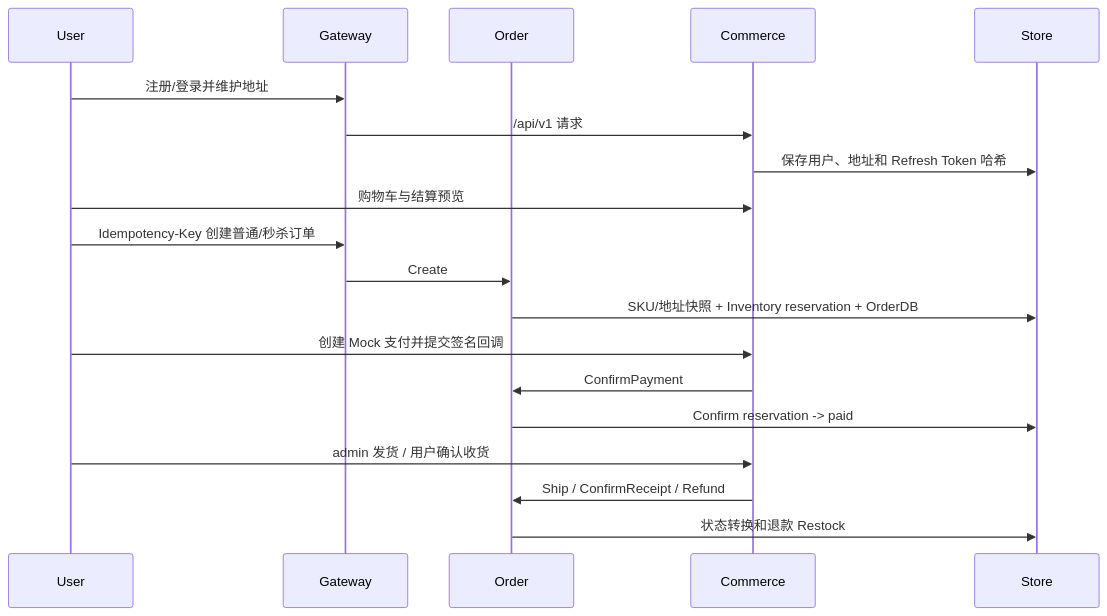
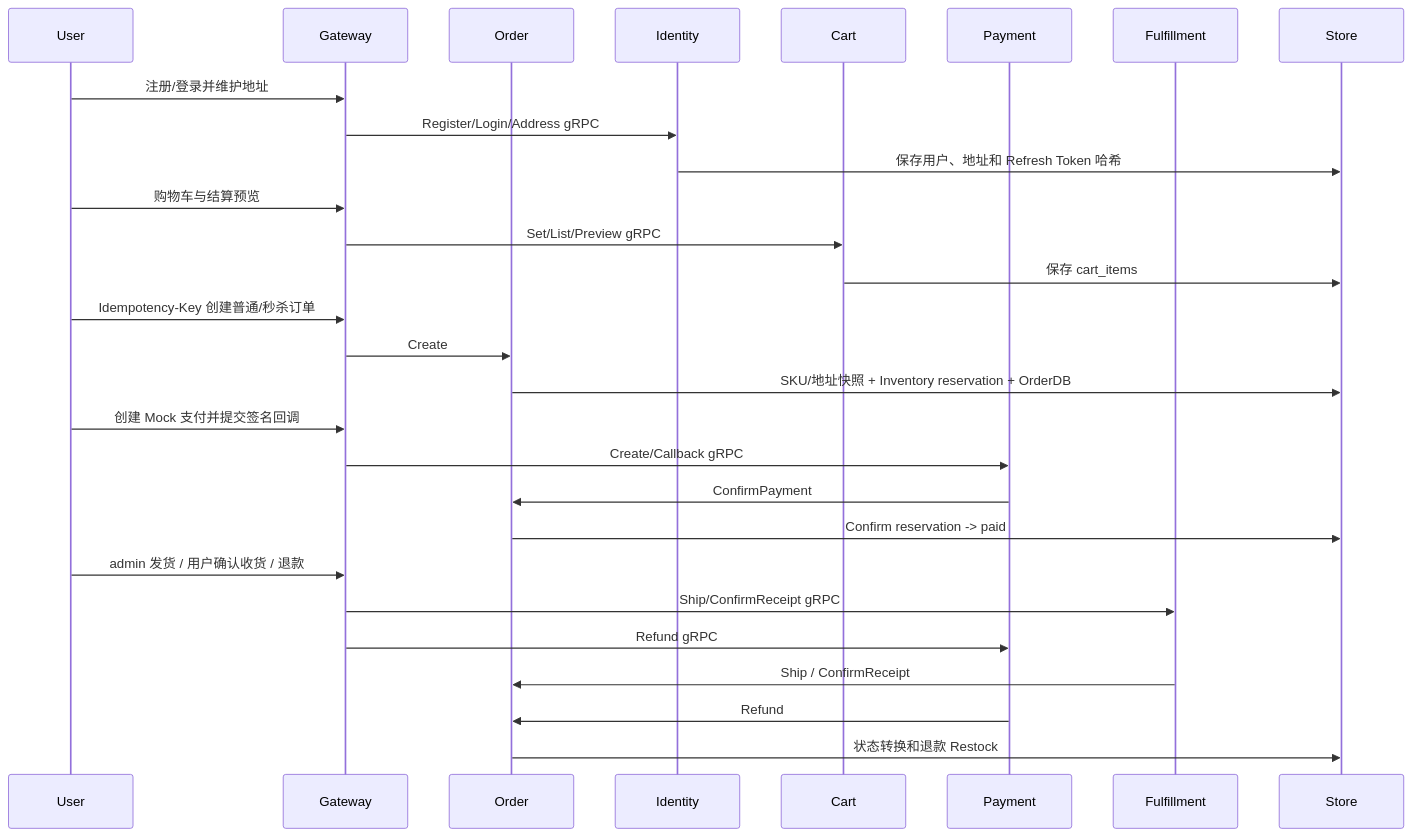
Before and after one commit to Kxa42/seckill-mall: the third of 3 diagrams in helloagents/wiki/arch.md, drawn with Mermaid. The commit also changed other lines of this file and 80 other files, not shown here.

Commit message:
feat：阶段 4 已完成：Identity、Cart、Payment、Fulfillment 已拆分为独立微服务，并由 Gateway 显式承接 /api/v1 路由

````diff
--- a/helloagents/wiki/arch.md
+++ b/helloagents/wiki/arch.md
@@ -80,21 +88,30 @@
 ```mermaid
 sequenceDiagram
     participant User
     participant Gateway
     participant Order
-    participant Commerce
+    participant Identity
+    participant Cart
+    participant Payment
+    participant Fulfillment
     participant Store
     User->>Gateway: 注册/登录并维护地址
-    Gateway->>Commerce: /api/v1 请求
-    Commerce->>Store: 保存用户、地址和 Refresh Token 哈希
-    User->>Commerce: 购物车与结算预览
+    Gateway->>Identity: Register/Login/Address gRPC
+    Identity->>Store: 保存用户、地址和 Refresh Token 哈希
+    User->>Gateway: 购物车与结算预览
+    Gateway->>Cart: Set/List/Preview gRPC
+    Cart->>Store: 保存 cart_items
     User->>Gateway: Idempotency-Key 创建普通/秒杀订单
     Gateway->>Order: Create
     Order->>Store: SKU/地址快照 + Inventory reservation + OrderDB
-    User->>Commerce: 创建 Mock 支付并提交签名回调
-    Commerce->>Order: ConfirmPayment
+    User->>Gateway: 创建 Mock 支付并提交签名回调
+    Gateway->>Payment: Create/Callback gRPC
+    Payment->>Order: ConfirmPayment
     Order->>Store: Confirm reservation -> paid
-    User->>Commerce: admin 发货 / 用户确认收货
-    Commerce->>Order: Ship / ConfirmReceipt / Refund
+    User->>Gateway: admin 发货 / 用户确认收货 / 退款
+    Gateway->>Fulfillment: Ship/ConfirmReceipt gRPC
+    Gateway->>Payment: Refund gRPC
+    Fulfillment->>Order: Ship / ConfirmReceipt
+    Payment->>Order: Refund
     Order->>Store: 状态转换和退款 Restock
 ```
````
